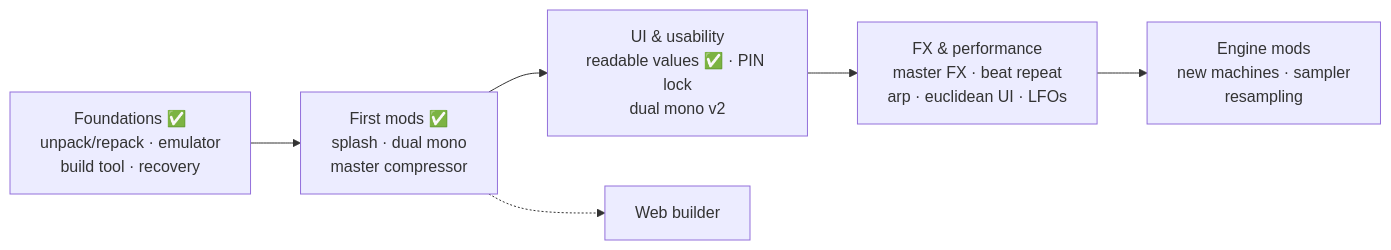
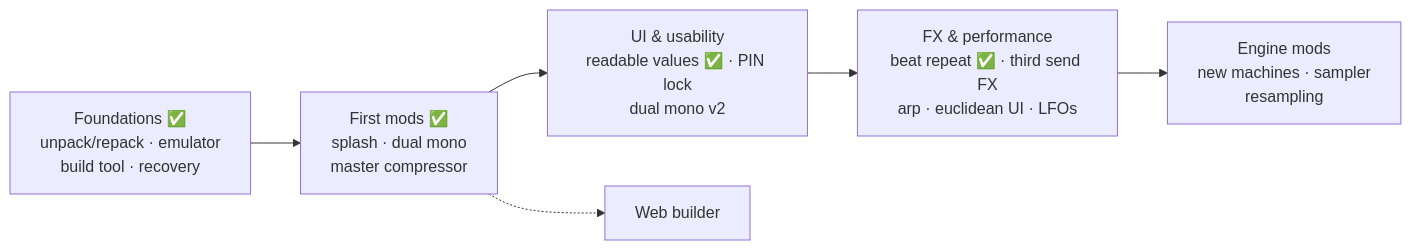
One commit to Angelo-politek/Synthack-OS changed the diagram in README.md. Above: the diagram before and after it, drawn with Mermaid. The commit also changed other lines of this file and 3 other files, not shown here.

````diff
--- a/README.md
+++ b/README.md
@@ -31,8 +32,8 @@
 ```mermaid
 flowchart LR
   A["Foundations ✅<br/>unpack/repack · emulator<br/>build tool · recovery"] --> B["First mods ✅<br/>splash · dual mono<br/>master compressor"]
   B --> C["UI & usability<br/>readable values ✅ · PIN lock<br/>dual mono v2"]
-  C --> D["FX & performance<br/>master FX · beat repeat<br/>arp · euclidean UI · LFOs"]
+  C --> D["FX & performance<br/>beat repeat ✅ · third send FX<br/>arp · euclidean UI · LFOs"]
   D --> E["Engine mods<br/>new machines · sampler<br/>resampling"]
   B -.-> W["Web builder"]
 ```
````
